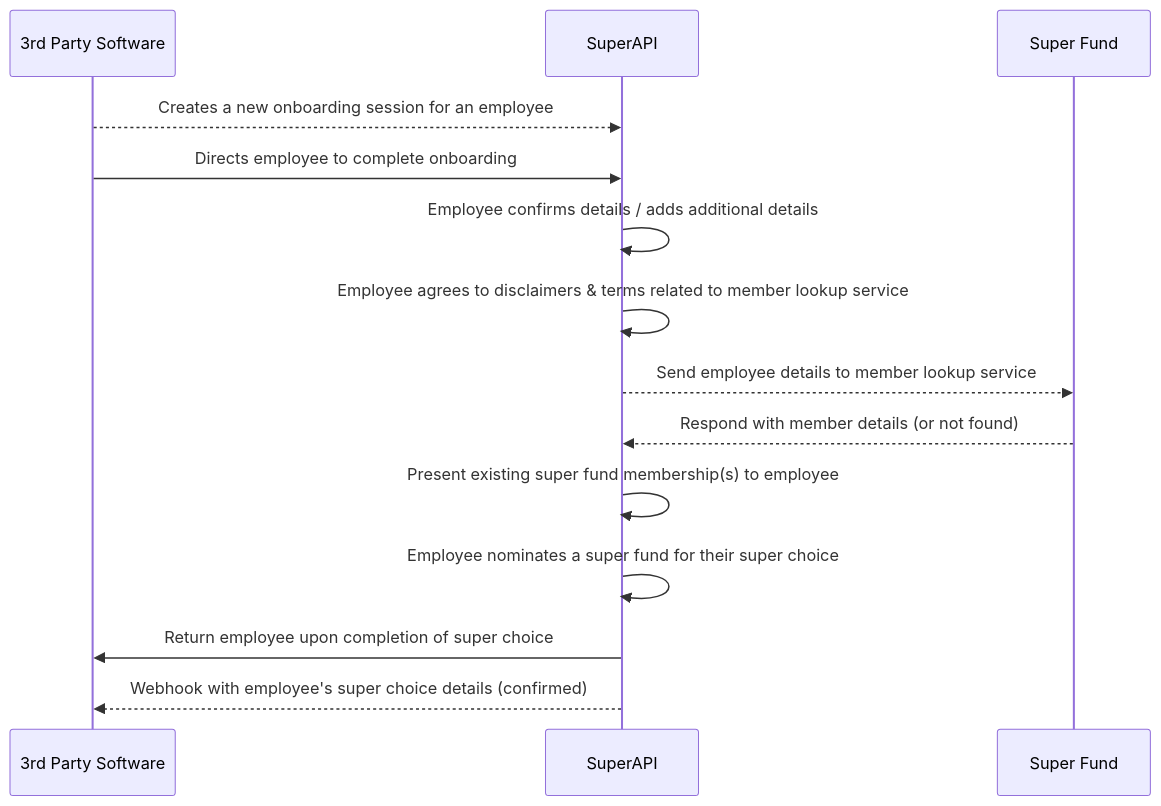
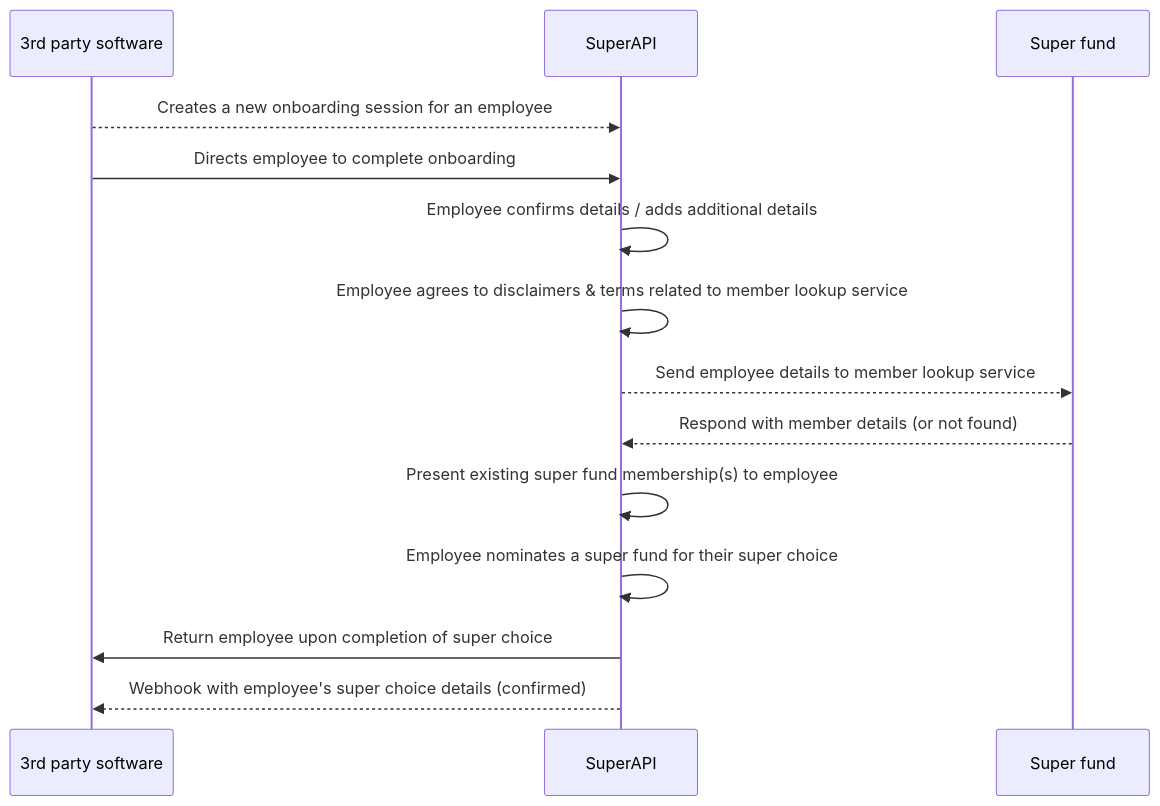
Before and after one commit to supersimplesuper/docs: the diagram in website/docs/funds/retain/index.md, drawn with Mermaid. The commit also changed other lines of this file and 1 other file, not shown here.

````diff
--- a/website/docs/funds/retain/index.md
+++ b/website/docs/funds/retain/index.md
@@ -43,17 +46,17 @@
 ```mermaid
 sequenceDiagram
-    participant P as 3rd Party Software
+    participant P as 3rd party software
     participant S as SuperAPI
-    participant F as Super Fund
+    participant F as Super fund
 
     P-->>S: Creates a new onboarding session for an employee
     P->>S: Directs employee to complete onboarding
     S->>S: Employee confirms details / adds additional details
     S->>S: Employee agrees to disclaimers & terms related to member lookup service
     S-->>F: Send employee details to member lookup service
     F-->>S: Respond with member details (or not found)
     S->>S: Present existing super fund membership(s) to employee
     S->>S: Employee nominates a super fund for their super choice
     S->>P: Return employee upon completion of super choice
     S-->>P: Webhook with employee's super choice details (confirmed)
 ```
````
